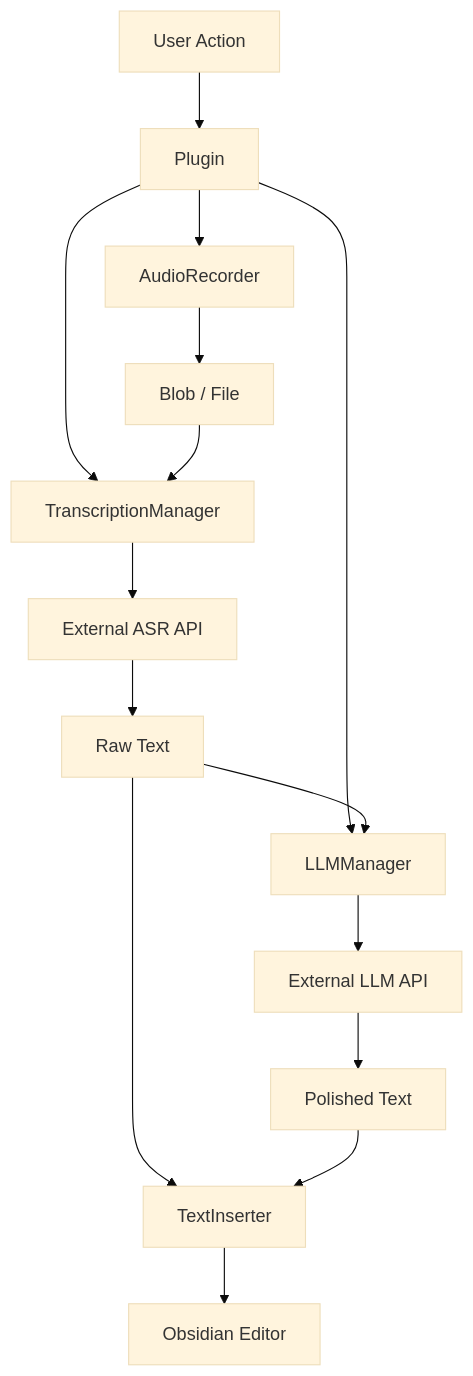
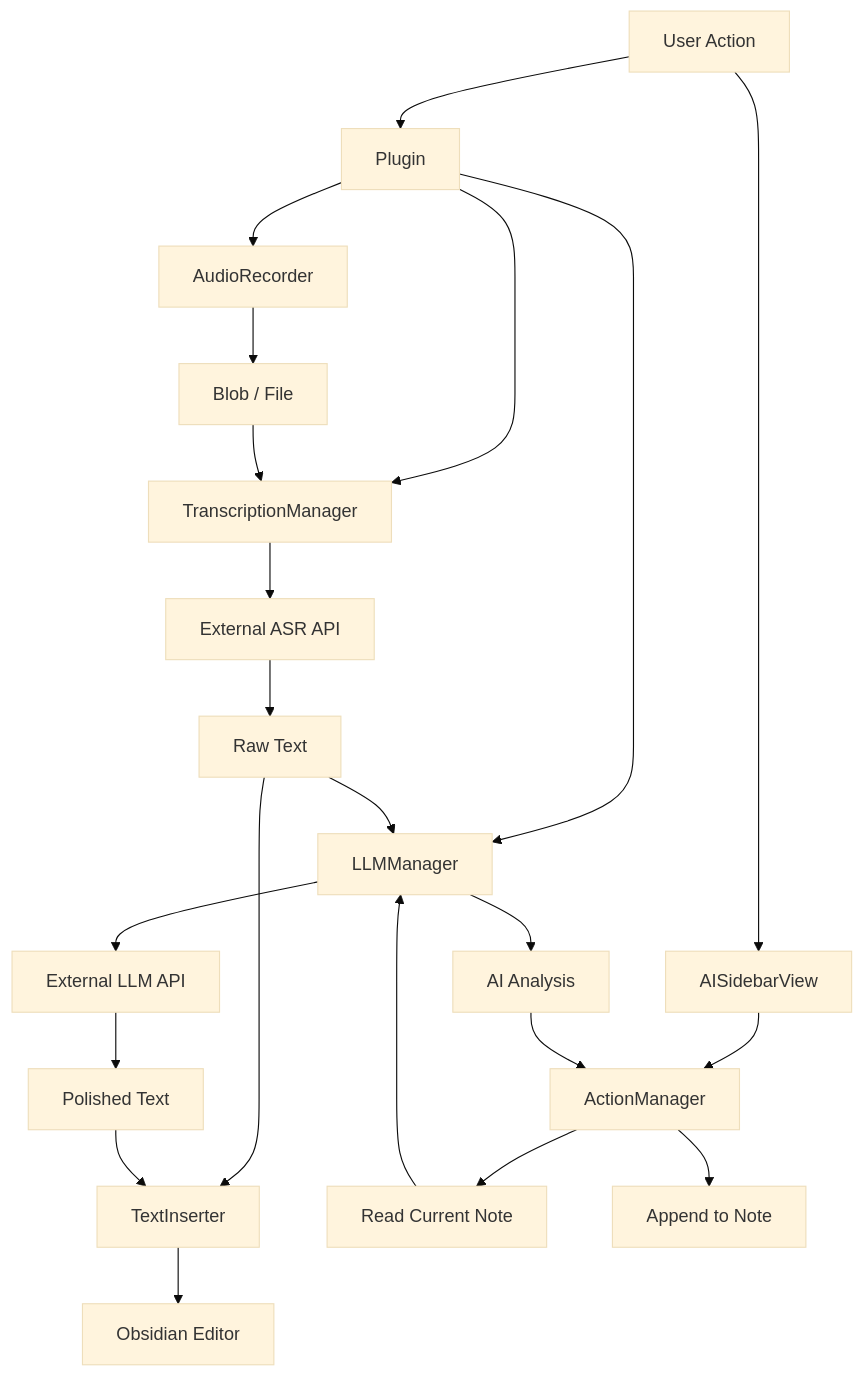
One commit to perseveringman/ASR-Transcription changed the diagram in docs/architecture.md. Above: the diagram before and after it, drawn with Mermaid (base theme). The commit also changed other lines of this file and 9 other files, not shown here.

````diff
--- a/docs/architecture.md
+++ b/docs/architecture.md
@@ -42,20 +55,29 @@
 ```mermaid
 graph TD
     User[User Action] --> Plugin
     Plugin --> Recorder[AudioRecorder]
     Recorder --> AudioFile[Blob / File]
     
     Plugin --> TM[TranscriptionManager]
     AudioFile --> TM
     TM --> ASR_API[External ASR API]
     ASR_API --> RawText[Raw Text]
     
     Plugin --> LM[LLMManager]
     RawText --> LM
     LM --> LLM_API[External LLM API]
     LLM_API --> PolishedText[Polished Text]
     
     RawText --> Inserter[TextInserter]
     PolishedText --> Inserter
     Inserter --> Editor[Obsidian Editor]
+    
+    %% AI Sidebar Flow
+    User --> Sidebar[AISidebarView]
+    Sidebar --> AM[ActionManager]
+    AM --> EditorRead[Read Current Note]
+    EditorRead --> LM
+    LM --> AIResult[AI Analysis]
+    AIResult --> AM
+    AM --> EditorWrite[Append to Note]
 ```
````
